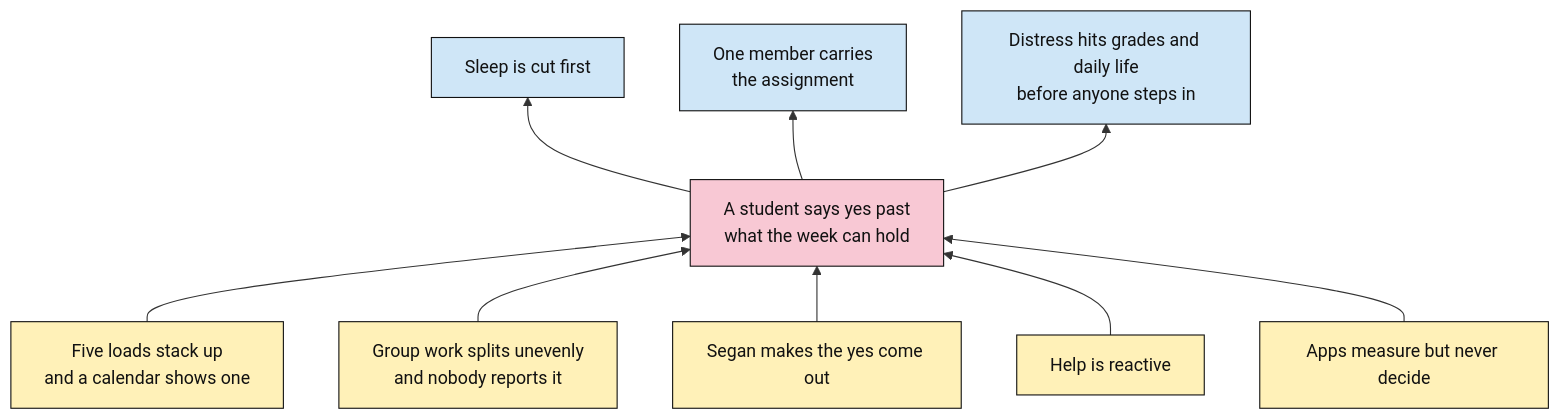
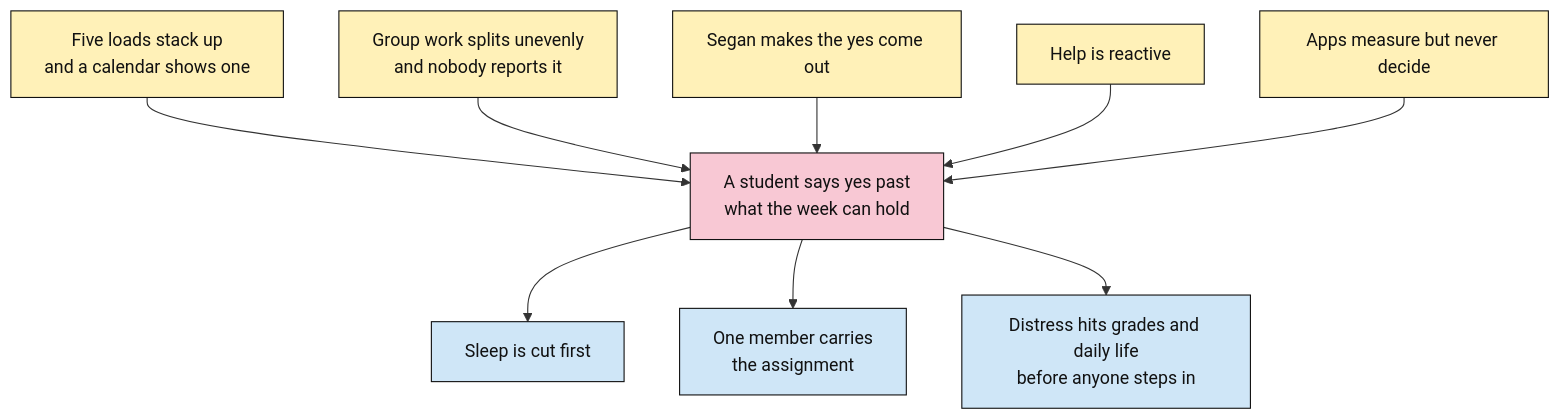
One commit to SkyLee310/Oasis-BeatingTheBurnout changed the first of 6 diagrams in README.md. Above: the diagram before and after it, drawn with Mermaid. The commit also changed other lines of this file, not shown here.

Commit message:
Fix Board 1 mermaid render and point slides link at the view URL

````diff
--- a/README.md
+++ b/README.md
@@ -145,26 +145,26 @@
 ```mermaid
-flowchart BT
+flowchart TD
   C1["Five loads stack up<br/>and a calendar shows one"]
   C2["Group work splits unevenly<br/>and nobody reports it"]
   C3["Segan makes the yes come out"]
   C4["Help is reactive"]
   C5["Apps measure but never decide"]
   CORE["A student says yes past<br/>what the week can hold"]
   E1["Sleep is cut first"]
   E2["One member carries<br/>the assignment"]
   E3["Distress hits grades and daily life<br/>before anyone steps in"]
   C1 --> CORE
   C2 --> CORE
   C3 --> CORE
   C4 --> CORE
   C5 --> CORE
   CORE --> E1
   CORE --> E2
   CORE --> E3
   classDef cause fill:#FFF1B8,stroke:#111111,color:#111111
   classDef core fill:#F8C8D4,stroke:#111111,color:#111111
   classDef effect fill:#CFE6F7,stroke:#111111,color:#111111
   class C1,C2,C3,C4,C5 cause
   class CORE core
   class E1,E2,E3 effect
 ```
````
